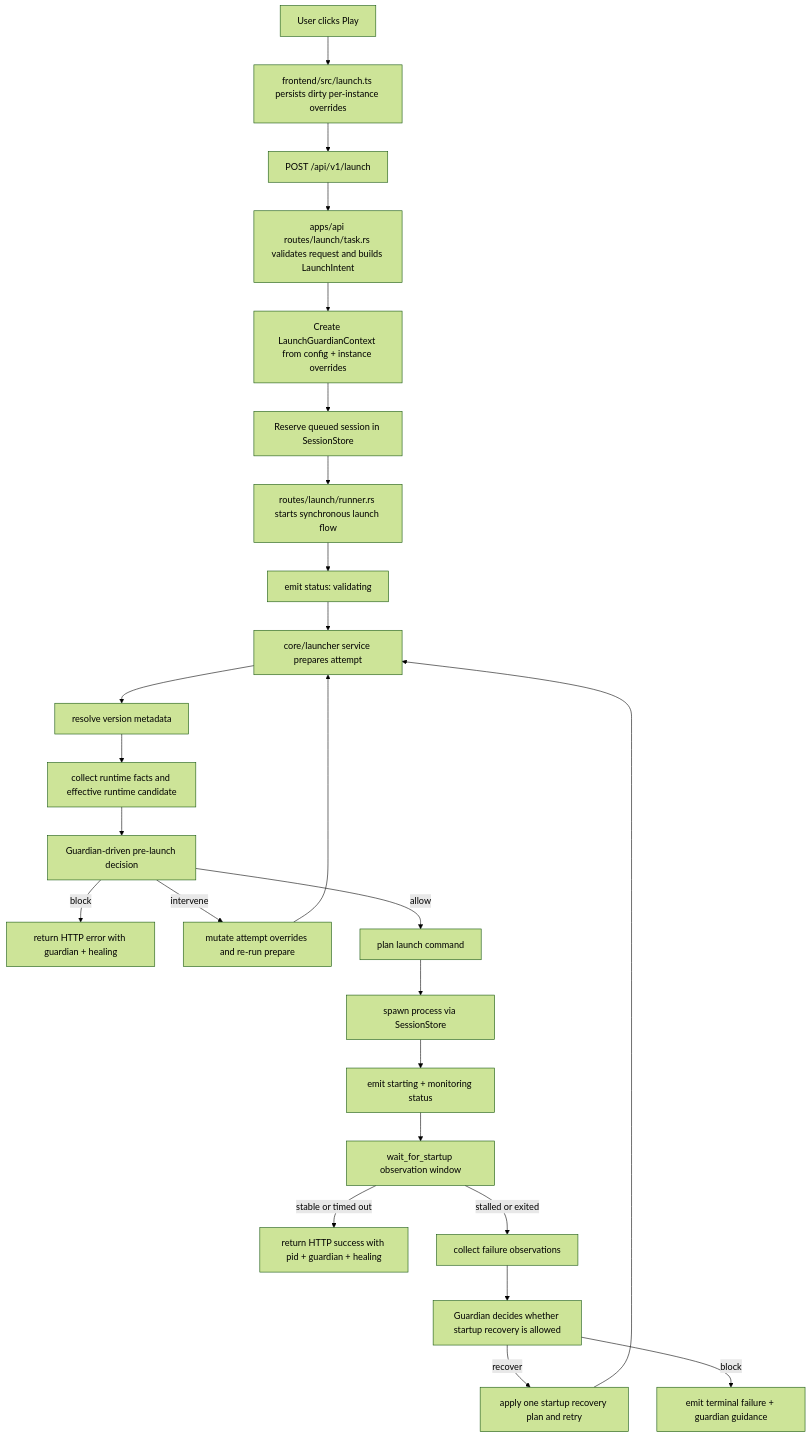
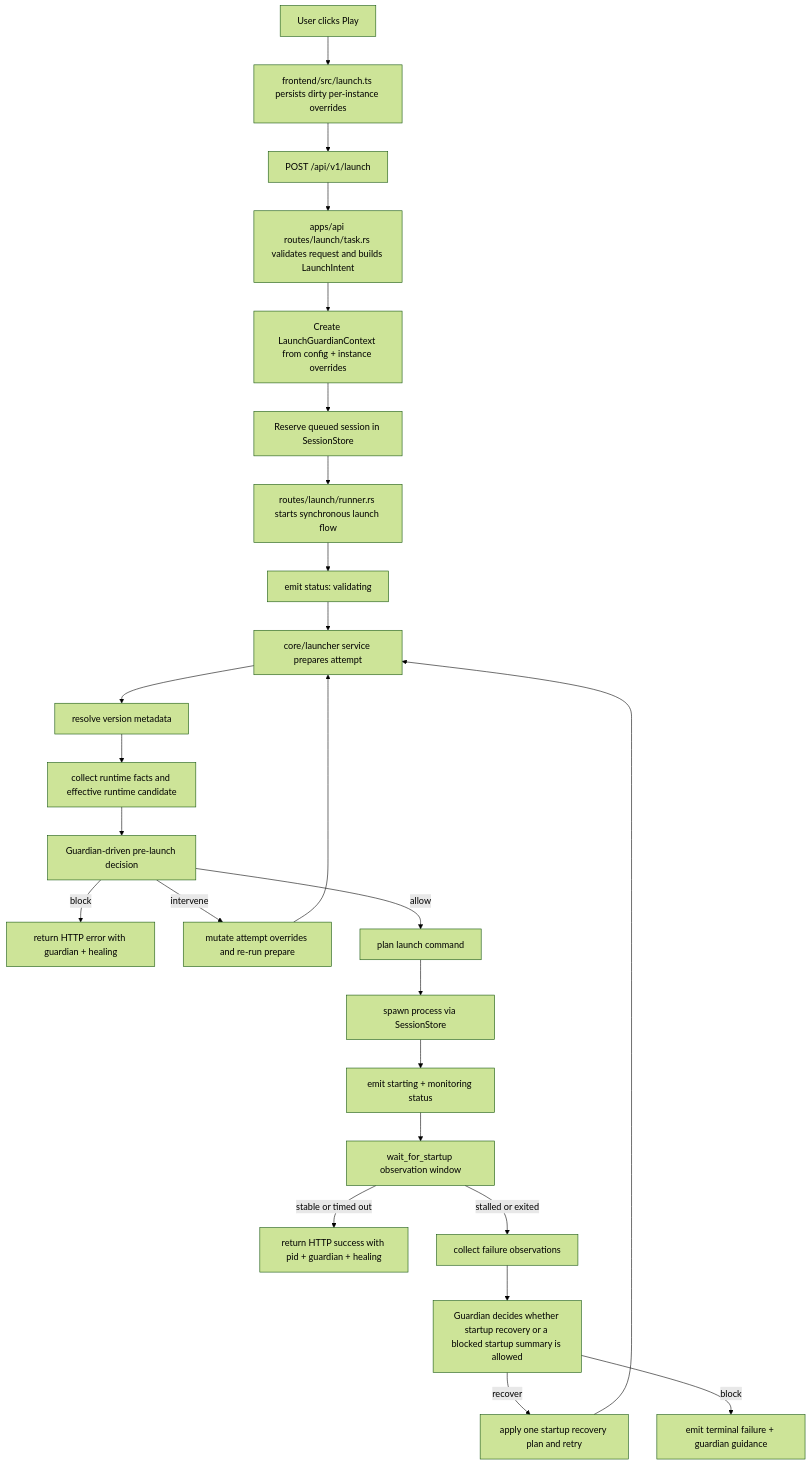
One commit to mateoltd/croopor changed the second of 9 diagrams in docs/ARCHITECTURE.md. Above: the diagram before and after it, drawn with Mermaid (forest theme). The commit also changed other lines of this file and 4 other files, not shown here.

Commit message:
Move startup failure authority to Guardian

````diff
--- a/docs/ARCHITECTURE.md
+++ b/docs/ARCHITECTURE.md
@@ -74,27 +74,27 @@
 ```mermaid
 flowchart TD
     A[User clicks Play] --> B[frontend/src/launch.ts persists dirty per-instance overrides]
     B --> C[POST /api/v1/launch]
     C --> D[apps/api routes/launch/task.rs validates request and builds LaunchIntent]
     D --> E[Create LaunchGuardianContext from config + instance overrides]
     E --> F[Reserve queued session in SessionStore]
     F --> G[routes/launch/runner.rs starts synchronous launch flow]
     G --> H[emit status: validating]
     H --> I[core/launcher service prepares attempt]
     I --> J[resolve version metadata]
     J --> K[collect runtime facts and effective runtime candidate]
     K --> L[Guardian-driven pre-launch decision]
     L -->|block| M[return HTTP error with guardian + healing]
     L -->|intervene| N[mutate attempt overrides and re-run prepare]
     L -->|allow| O[plan launch command]
     N --> I
     O --> P[spawn process via SessionStore]
     P --> Q[emit starting + monitoring status]
     Q --> R[wait_for_startup observation window]
     R -->|stable or timed out| S[return HTTP success with pid + guardian + healing]
     R -->|stalled or exited| T[collect failure observations]
-    T --> U[Guardian decides whether startup recovery is allowed]
+    T --> U[Guardian decides whether startup recovery or a blocked startup summary is allowed]
     U -->|recover| V[apply one startup recovery plan and retry]
     U -->|block| W[emit terminal failure + guardian guidance]
     V --> I
 ```
````
